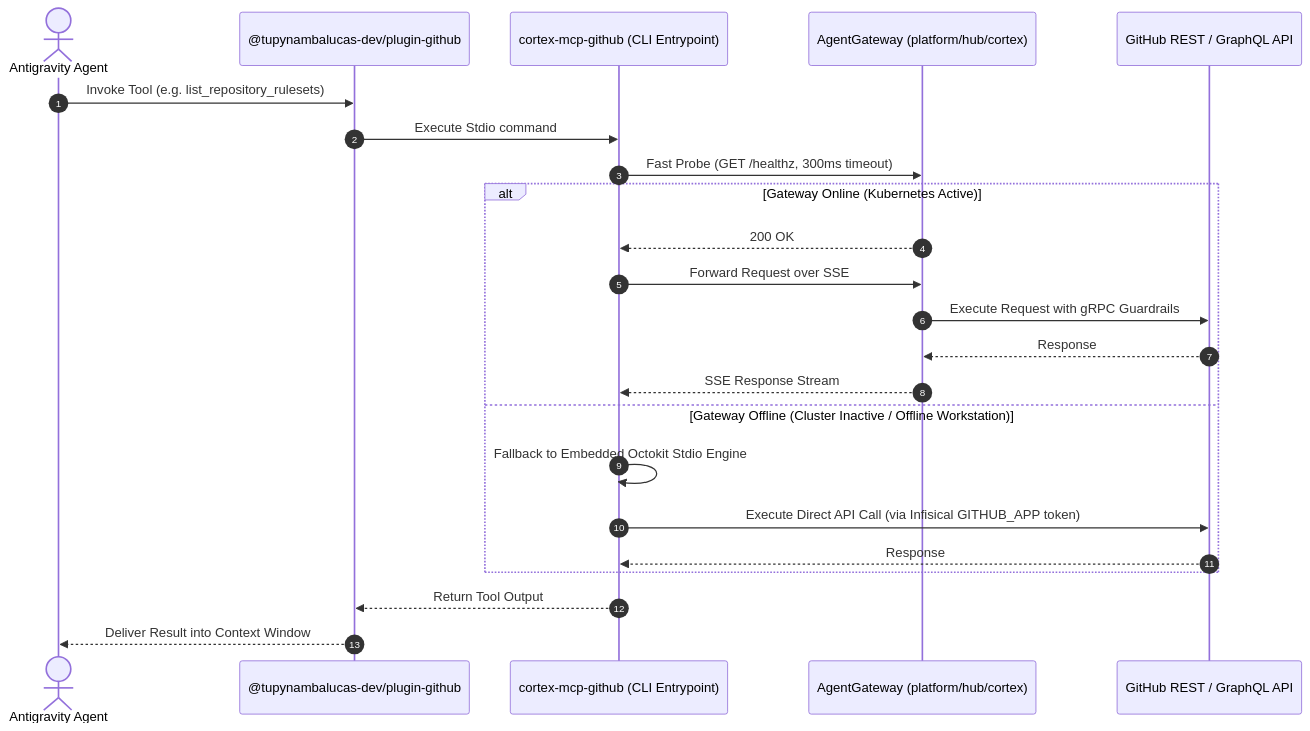
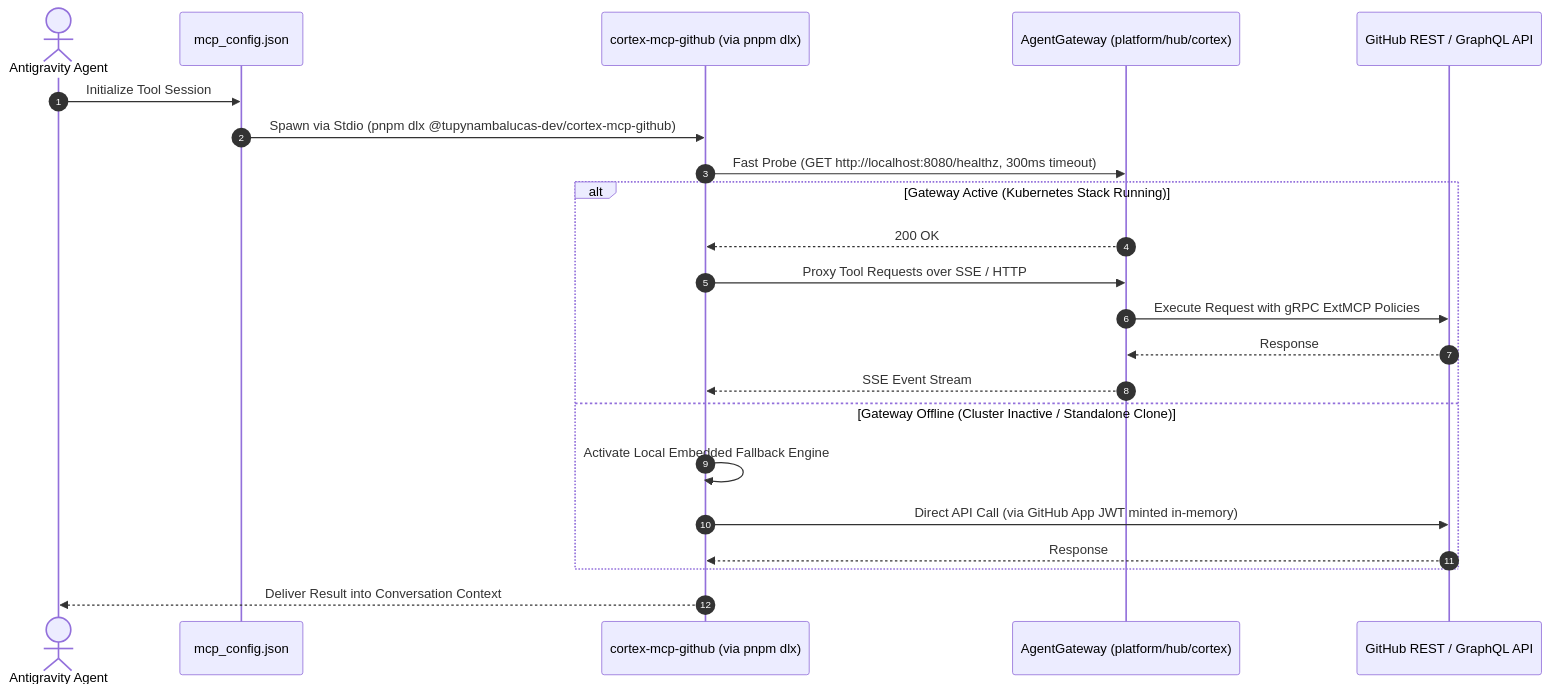
One commit to tupynambalucas-dev/agent-mesh changed the second of 2 diagrams in references/cortex-gateway-and-self-contained-agent-mesh-architecture.md. Above: the diagram before and after it, drawn with Mermaid. The commit also changed other lines of this file, not shown here.

Commit message:
docs(architecture): adopt agent-mesh naming and agent-plugin prefix with pnpm dlx

````diff
--- a/references/cortex-gateway-and-self-contained-agent-mesh-architecture.md
+++ b/references/cortex-gateway-and-self-contained-agent-mesh-architecture.md
@@ -235,26 +232,25 @@
 ```mermaid
 sequenceDiagram
     autonumber
     actor Agent as Antigravity Agent
-    participant Plugin as @tupynambalucas-dev/plugin-github
-    participant Runner as cortex-mcp-github (CLI Entrypoint)
+    participant Config as mcp_config.json
+    participant MCPBinary as cortex-mcp-github (via pnpm dlx)
     participant Gateway as AgentGateway (platform/hub/cortex)
     participant GitHubAPI as GitHub REST / GraphQL API
 
-    Agent->>Plugin: Invoke Tool (e.g. list_repository_rulesets)
-    Plugin->>Runner: Execute Stdio command
-    Runner->>Gateway: Fast Probe (GET /healthz, 300ms timeout)
-    alt Gateway Online (Kubernetes Active)
-        Gateway-->>Runner: 200 OK
-        Runner->>Gateway: Forward Request over SSE
-        Gateway->>GitHubAPI: Execute Request with gRPC Guardrails
+    Agent->>Config: Initialize Tool Session
+    Config->>MCPBinary: Spawn via Stdio (pnpm dlx @tupynambalucas-dev/cortex-mcp-github)
+    MCPBinary->>Gateway: Fast Probe (GET http://localhost:8080/healthz, 300ms timeout)
+    alt Gateway Active (Kubernetes Stack Running)
+        Gateway-->>MCPBinary: 200 OK
+        MCPBinary->>Gateway: Proxy Tool Requests over SSE / HTTP
+        Gateway->>GitHubAPI: Execute Request with gRPC ExtMCP Policies
         GitHubAPI-->>Gateway: Response
-        Gateway-->>Runner: SSE Response Stream
-    else Gateway Offline (Cluster Inactive / Offline Workstation)
-        Runner->>Runner: Fallback to Embedded Octokit Stdio Engine
-        Runner->>GitHubAPI: Execute Direct API Call (via Infisical GITHUB_APP token)
-        GitHubAPI-->>Runner: Response
+        Gateway-->>MCPBinary: SSE Event Stream
+    else Gateway Offline (Cluster Inactive / Standalone Clone)
+        MCPBinary->>MCPBinary: Activate Local Embedded Fallback Engine
+        MCPBinary->>GitHubAPI: Direct API Call (via GitHub App JWT minted in-memory)
+        GitHubAPI-->>MCPBinary: Response
     end
-    Runner-->>Plugin: Return Tool Output
-    Plugin-->>Agent: Deliver Result into Context Window
+    MCPBinary-->>Agent: Deliver Result into Conversation Context
 ```
````
